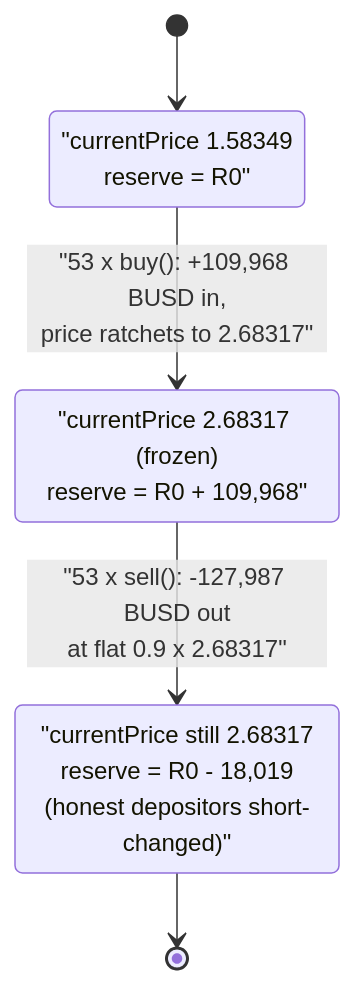
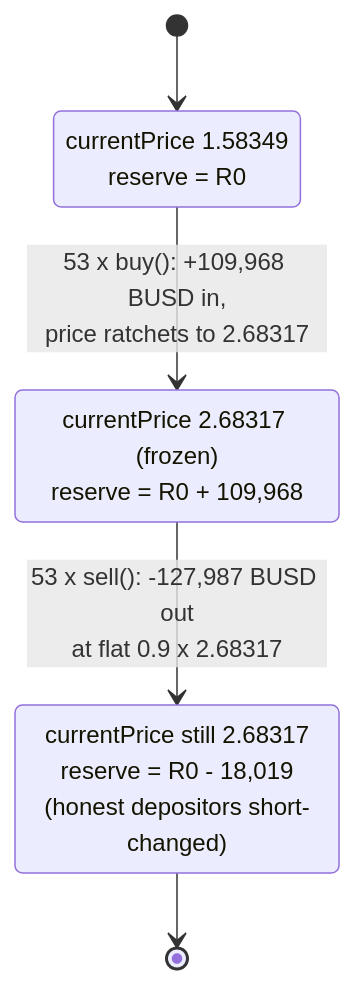
The third of 3 diagrams in 2025-04-Lifeprotocol_exp/Lifeprotocol_exp.md (sanbir/evm-hack-registry), drawn with Mermaid before and after one commit. The commit also changed 280 other files, not shown here.

Commit message:
mermaid fixes

````diff
--- a/2025-04-Lifeprotocol_exp/Lifeprotocol_exp.md
+++ b/2025-04-Lifeprotocol_exp/Lifeprotocol_exp.md
@@ -334,10 +334,10 @@
 ```mermaid
 stateDiagram-v2
     [*] --> Idle
-    Idle: "currentPrice 1.58349<br/>reserve = R0"
-    Idle --> Pumped: "53 x buy(): +109,968 BUSD in,<br/>price ratchets to 2.68317"
-    Pumped: "currentPrice 2.68317 (frozen)<br/>reserve = R0 + 109,968"
-    Pumped --> Drained: "53 x sell(): -127,987 BUSD out<br/>at flat 0.9 x 2.68317"
-    Drained: "currentPrice still 2.68317<br/>reserve = R0 - 18,019<br/>(honest depositors short-changed)"
+    Idle: currentPrice 1.58349<br/>reserve = R0
+    Idle --> Pumped: 53 x buy()#58; +109,968 BUSD in,<br/>price ratchets to 2.68317
+    Pumped: currentPrice 2.68317 (frozen)<br/>reserve = R0 + 109,968
+    Pumped --> Drained: 53 x sell()#58; -127,987 BUSD out<br/>at flat 0.9 x 2.68317
+    Drained: currentPrice still 2.68317<br/>reserve = R0 - 18,019<br/>(honest depositors short-changed)
     Drained --> [*]
 ```
````
